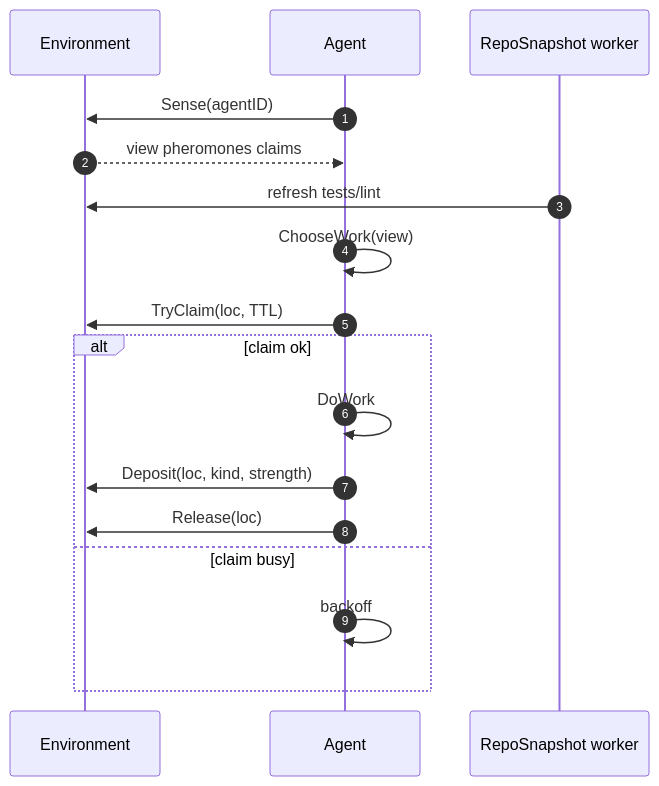
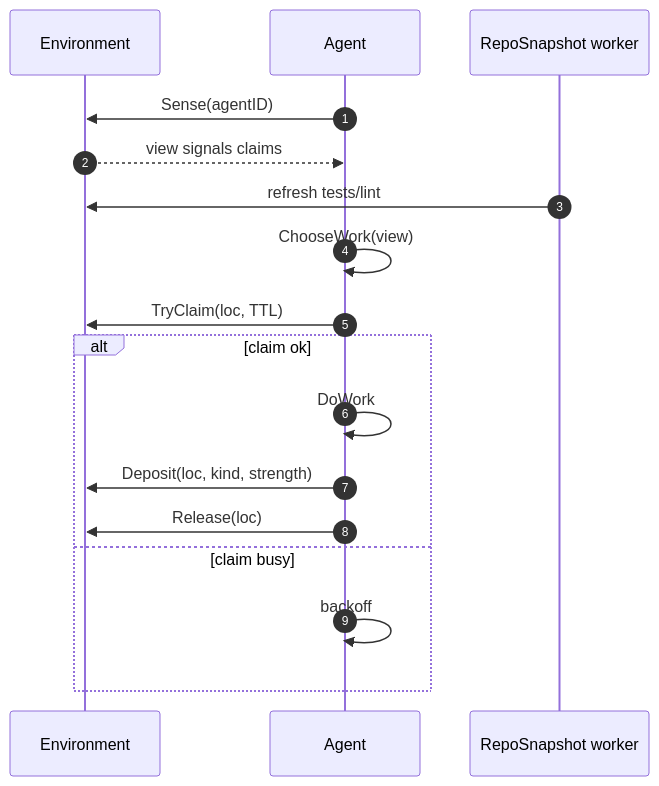
One commit to instagrim-dev/swarm-orchestration-spec changed the third of 13 diagrams in annex-visualizations.md. Above: the diagram before and after it, drawn with Mermaid. The commit also changed other lines of this file, not shown here.

````diff
--- a/annex-visualizations.md
+++ b/annex-visualizations.md
@@ -218,19 +218,19 @@
 ```mermaid
 sequenceDiagram
     autonumber
     participant E as Environment
     participant A as Agent
     participant R as RepoSnapshot worker
     A->>E: Sense(agentID)
-    E-->>A: view pheromones claims
+    E-->>A: view signals claims
     R->>E: refresh tests/lint
     A->>A: ChooseWork(view)
     A->>E: TryClaim(loc, TTL)
     alt claim ok
         A->>A: DoWork
         A->>E: Deposit(loc, kind, strength)
         A->>E: Release(loc)
     else claim busy
         A->>A: backoff
     end
 ```
````
